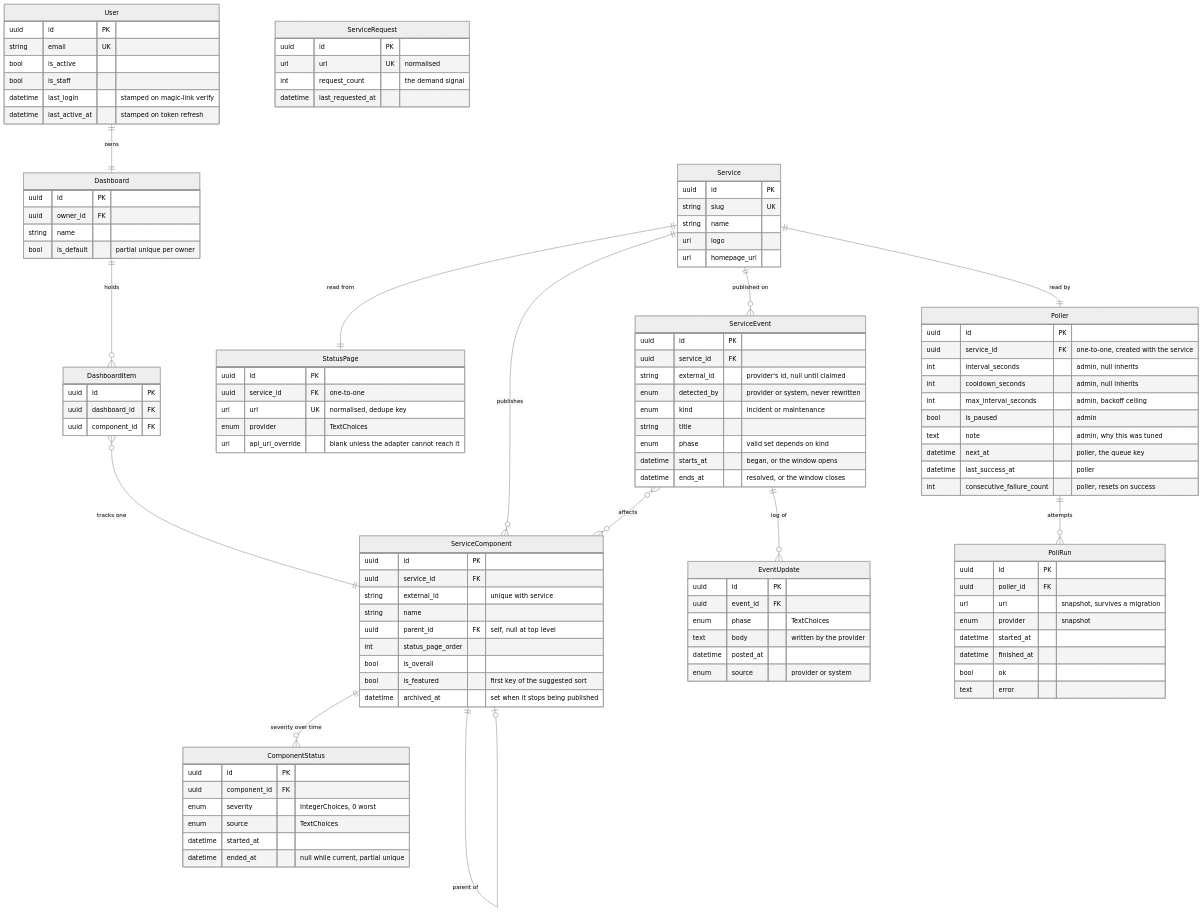
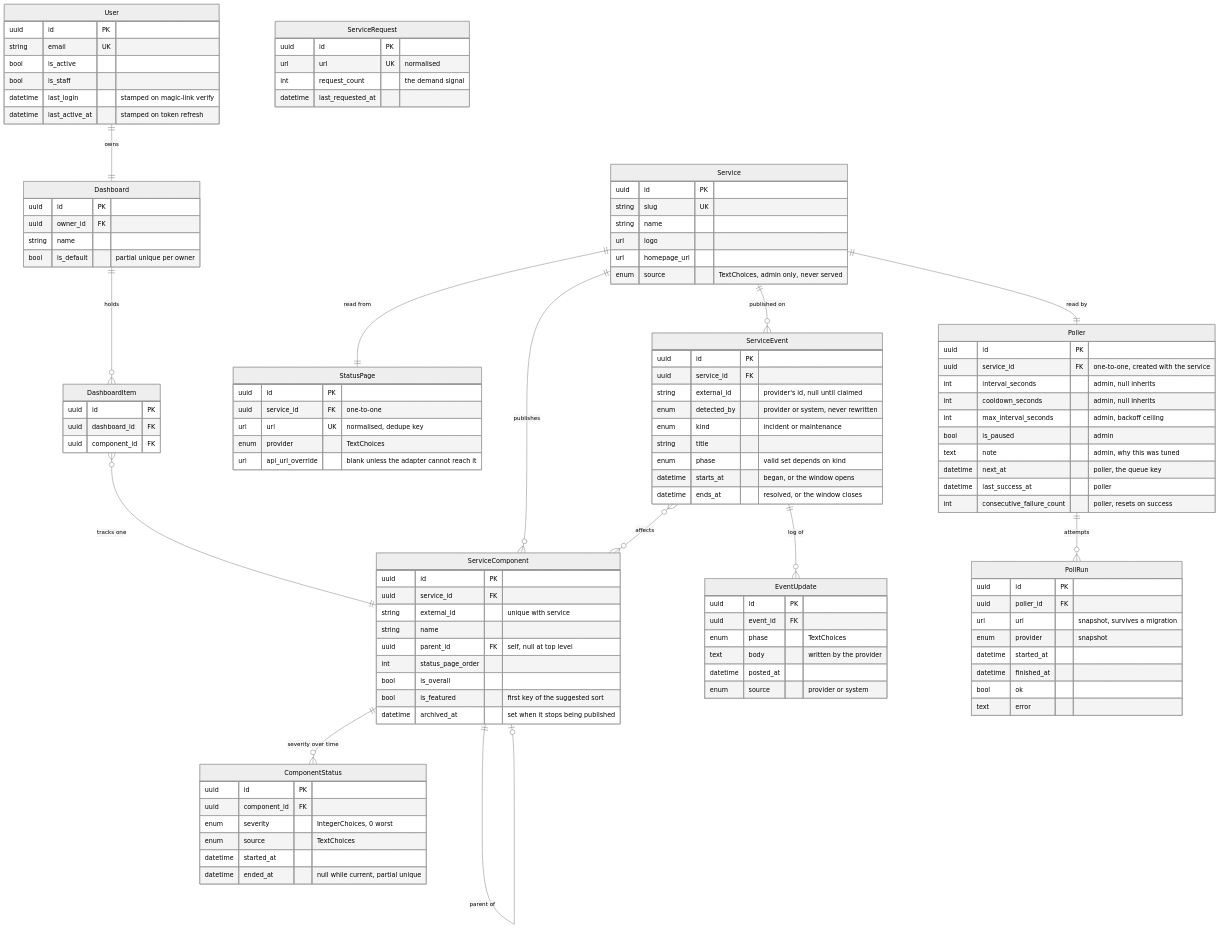
One commit to thalida/statusboard changed the second of 2 diagrams in docs/specs/2026-08-23-statusboard-design.md. Above: the diagram before and after it, drawn with Mermaid (neutral theme). The commit also changed other lines of this file and 7 other files, not shown here.

```diff
--- a/docs/specs/2026-08-23-statusboard-design.md
+++ b/docs/specs/2026-08-23-statusboard-design.md
@@ -128,6 +128,7 @@
         string name
         url logo
         url homepage_url
+        enum source "TextChoices, admin only, never served"
     }
     StatusPage {
         uuid id PK
```
